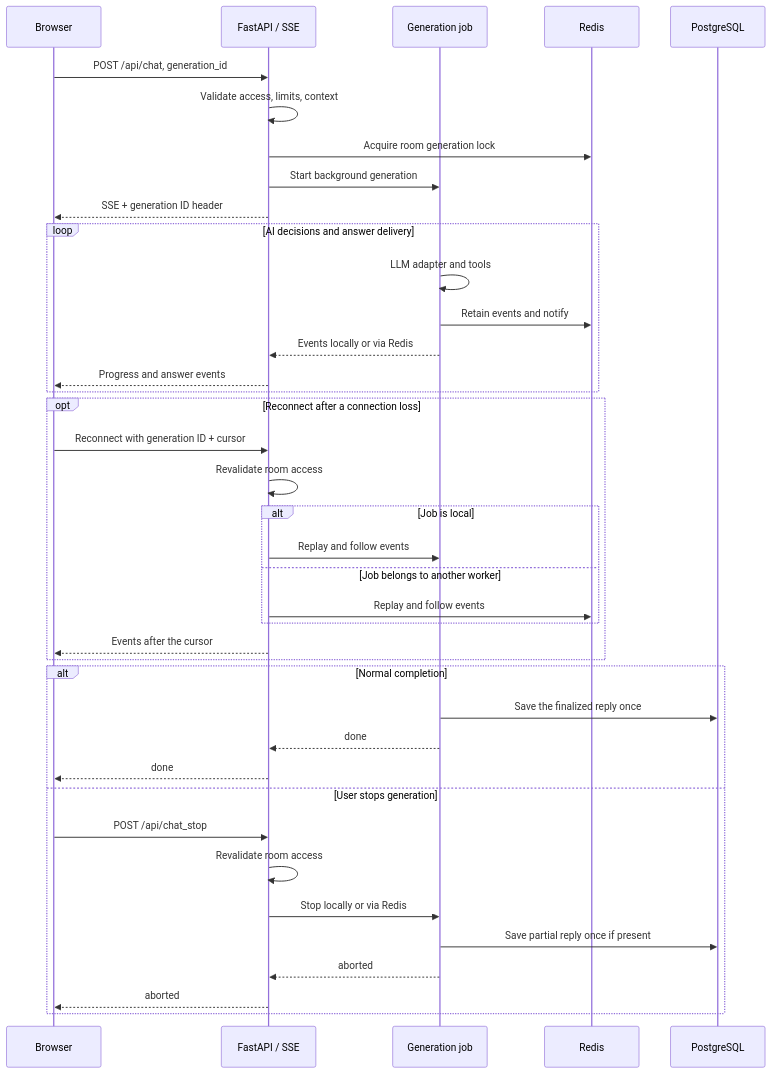
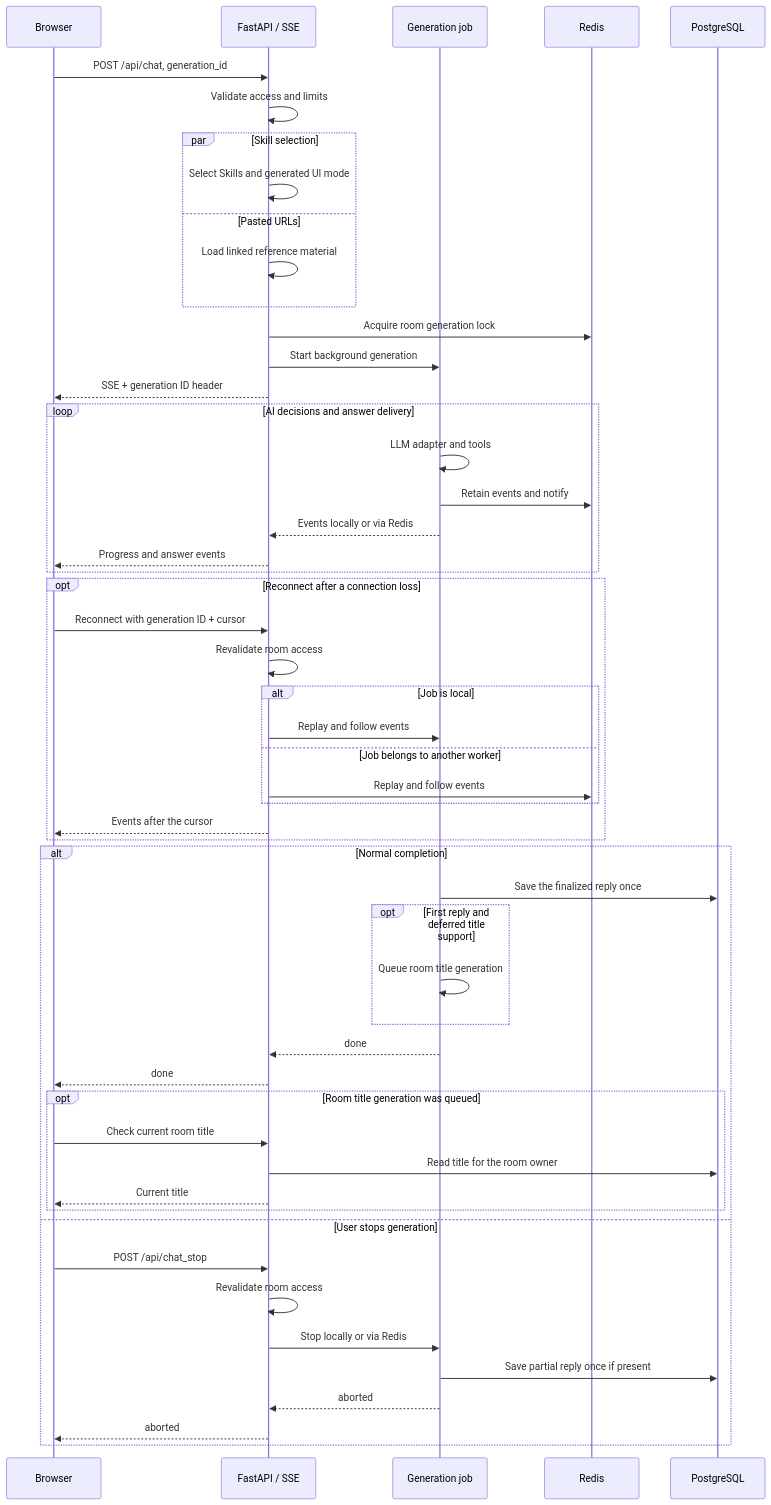
Before and after one commit to kota-kawa/ChatCore-AI: the third of 8 diagrams in README.md, drawn with Mermaid. The commit also changed other lines of this file and 36 other files, not shown here.

First line of the commit message:
チャットの生成前処理と初回の回答完了を早める / Reduce chat preparation and first-reply completion latency (#916)

````diff
--- a/README.md
+++ b/README.md
@@ -119,42 +119,55 @@
 ```mermaid
 sequenceDiagram
     participant Browser
     participant API as FastAPI / SSE
     participant Job as Generation job
     participant Redis
     participant DB as PostgreSQL
 
     Browser->>API: POST /api/chat, generation_id
-    API->>API: Validate access, limits, context
+    API->>API: Validate access and limits
+    par Skill selection
+        API->>API: Select Skills and generated UI mode
+    and Pasted URLs
+        API->>API: Load linked reference material
+    end
     API->>Redis: Acquire room generation lock
     API->>Job: Start background generation
     API-->>Browser: SSE + generation ID header
     loop AI decisions and answer delivery
         Job->>Job: LLM adapter and tools
         Job->>Redis: Retain events and notify
         Job-->>API: Events locally or via Redis
         API-->>Browser: Progress and answer events
     end
     opt Reconnect after a connection loss
         Browser->>API: Reconnect with generation ID + cursor
         API->>API: Revalidate room access
         alt Job is local
             API->>Job: Replay and follow events
         else Job belongs to another worker
             API->>Redis: Replay and follow events
         end
         API-->>Browser: Events after the cursor
     end
     alt Normal completion
         Job->>DB: Save the finalized reply once
+        opt First reply and deferred title support
+            Job->>Job: Queue room title generation
+        end
         Job-->>API: done
         API-->>Browser: done
+        opt Room title generation was queued
+            Browser->>API: Check current room title
+            API->>DB: Read title for the room owner
+            API-->>Browser: Current title
+        end
     else User stops generation
         Browser->>API: POST /api/chat_stop
         API->>API: Revalidate room access
         API->>Job: Stop locally or via Redis
         Job->>DB: Save partial reply once if present
         Job-->>API: aborted
         API-->>Browser: aborted
     end
 ```
````
